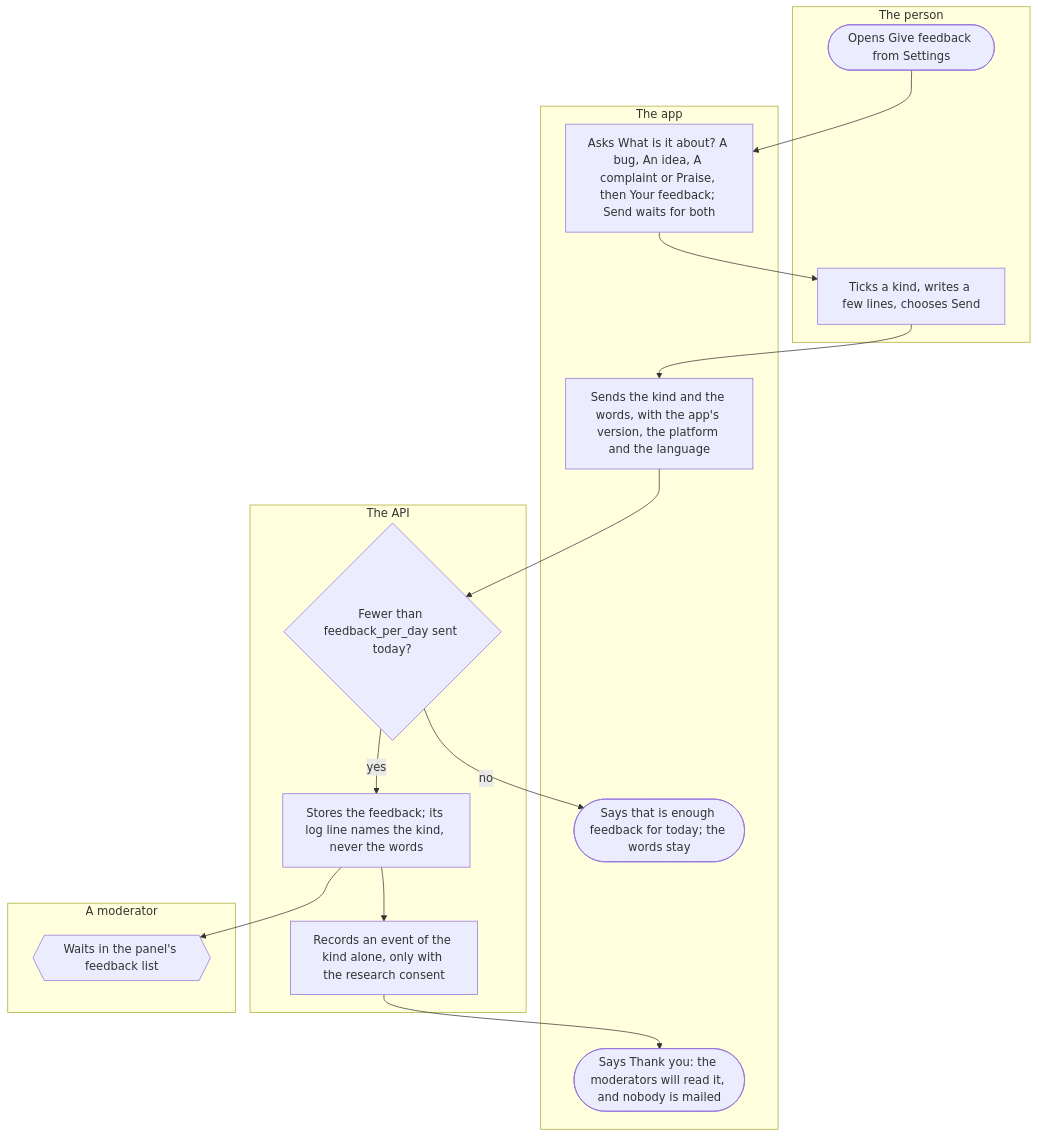
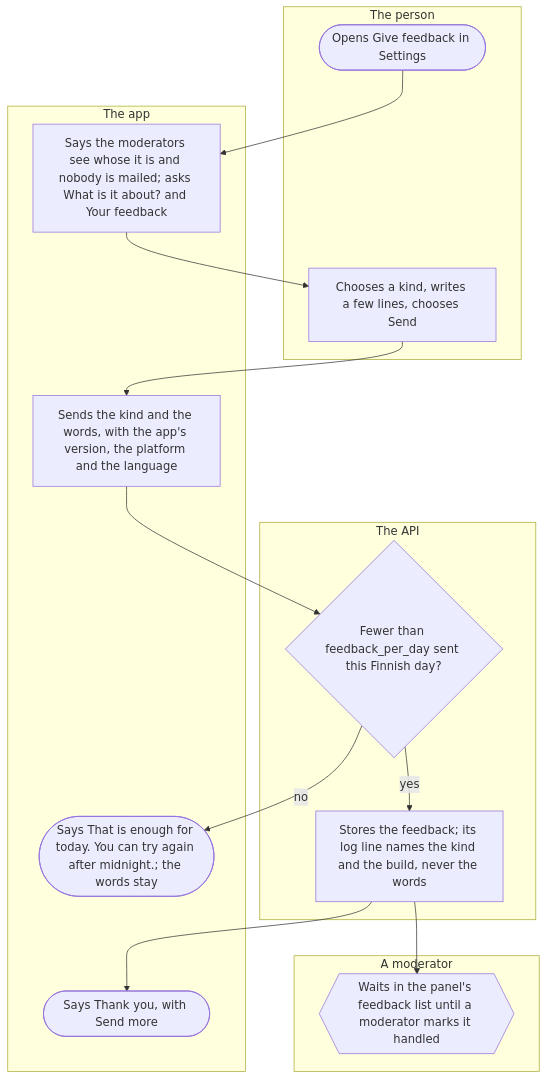
One commit to kuutti-ry/kuutti-app changed the third of 3 diagrams in docs/flows/settings-and-feedback.md. Above: the diagram before and after it, drawn with Mermaid. The commit also changed other lines of this file and 41 other files, not shown here.

First line of the commit message:
Redraw the user flows against today's main, held by check:docs

````diff
--- a/docs/flows/settings-and-feedback.md
+++ b/docs/flows/settings-and-feedback.md
@@ -107,27 +146,30 @@
 ```mermaid
 flowchart TB
   accTitle: Settings, consents and feedback, part 3: feedback
-  accDescr: The person opens Give feedback, ticks a kind, writes a few lines and sends them. Within feedback_per_day the API stores them for the moderators with the app's version, the platform and the language, records the kind alone for research when the person has the research consent, and the app thanks the person.
+  accDescr: The person opens Give feedback, chooses a kind, writes a few lines and sends them. Within feedback_per_day the API stores them for the moderators with the app's version, the platform and the language, and the app thanks the person. The feedback waits in the moderation panel until a moderator marks it handled.
   subgraph person["The person"]
-    s27(["Opens Give feedback from Settings"])
-    s29["Ticks a kind, writes a few lines, chooses Send"]
+    s29(["Opens Give feedback in Settings"])
+    s31["Chooses a kind, writes a few lines, chooses Send"]
   end
   subgraph app["The app"]
-    s28["Asks What is it about? A bug, An idea, A complaint or Praise, then Your feedback; Send waits for both"]
-    s30["Sends the kind and the words, with the app's version, the platform and the language"]
-    s32(["Says that is enough feedback for today; the words stay"])
-    s35(["Says Thank you: the moderators will read it, and nobody is mailed"])
+    s30["Says the moderators see whose it is and nobody is mailed; asks What is it about? and Your feedback"]
+    s32["Sends the kind and the words, with the app's version, the platform and the language"]
+    s34(["Says That is enough for today. You can try again after midnight.; the words stay"])
+    s36(["Says Thank you, with Send more"])
   end
   subgraph api["The API"]
-    s31{"Fewer than feedback_per_day sent today?"}
-    s33["Stores the feedback; its log line names the kind, never the words"]
-    s34["Records an event of the kind alone, only with the research consent"]
+    s33{"Fewer than feedback_per_day sent this Finnish day?"}
+    s35["Stores the feedback; its log line names the kind and the build, never the words"]
   end
   subgraph moderator["A moderator"]
-    s36{{"Waits in the panel's feedback list"}}
+    s37{{"Waits in the panel's feedback list until a moderator marks it handled"}}
   end
-  s27 --> s28 --> s29 --> s30 --> s31
-  s31 -->|"no"| s32
-  s31 -->|"yes"| s33 --> s34 --> s35
-  s33 --> s36
+  s29 --> s30
+  s30 --> s31
+  s31 --> s32
+  s32 --> s33
+  s33 -->|"no"| s34
+  s33 -->|"yes"| s35
+  s35 --> s36
+  s35 --> s37
 ```
````
